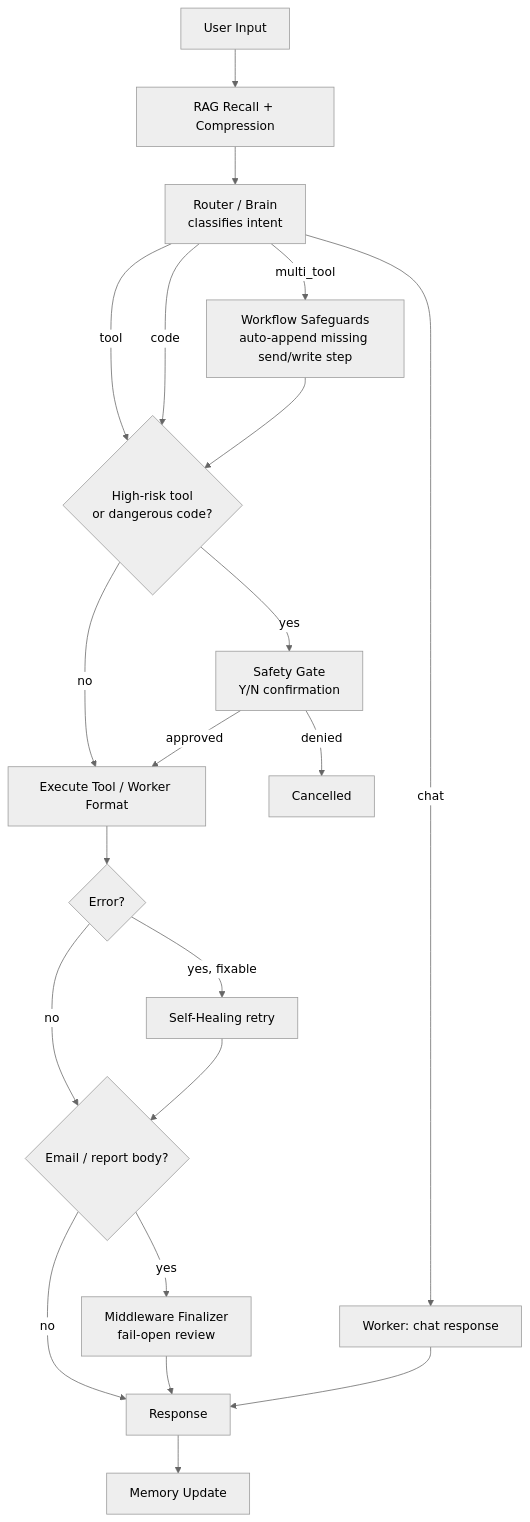
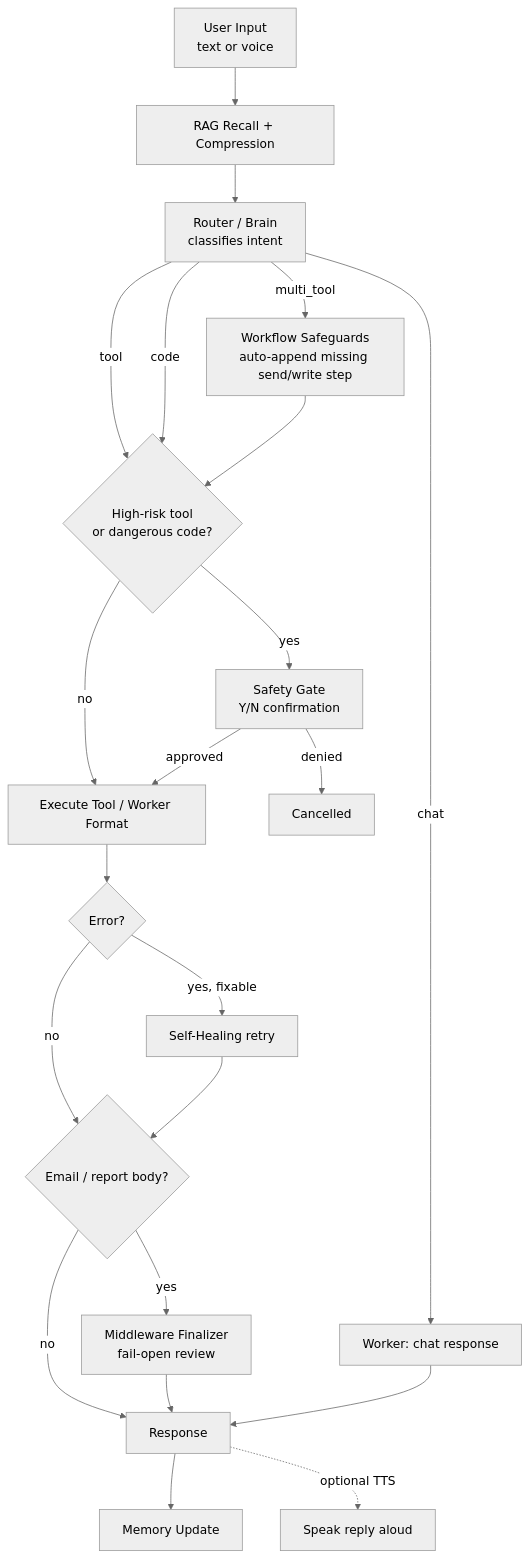
The diagram in README.md (KhangTranManh/Ciel-2.0), drawn with Mermaid (neutral theme) before and after one commit. The commit also changed other lines of this file and 5 other files, not shown here.

````diff
--- a/README.md
+++ b/README.md
@@ -32,23 +55,24 @@
 ```mermaid
 flowchart TD
-    U[User Input] --> RAG[RAG Recall + Compression]
+    U[User Input<br/>text or voice] --> RAG[RAG Recall + Compression]
     RAG --> ROUTER["Router / Brain<br/>classifies intent"]
     ROUTER -->|chat| CHAT[Worker: chat response]
     ROUTER -->|tool| SAFE1{High-risk tool<br/>or dangerous code?}
     ROUTER -->|code| SAFE1
     ROUTER -->|multi_tool| SAFEGUARD["Workflow Safeguards<br/>auto-append missing send/write step"]
     SAFEGUARD --> SAFE1
     SAFE1 -->|yes| GATE["Safety Gate<br/>Y/N confirmation"]
     SAFE1 -->|no| EXEC[Execute Tool / Worker Format]
     GATE -->|approved| EXEC
     GATE -->|denied| CANCEL[Cancelled]
     EXEC --> HEAL{Error?}
     HEAL -->|yes, fixable| RETRY[Self-Healing retry]
     HEAL -->|no| MID{Email / report body?}
     RETRY --> MID
     MID -->|yes| MW["Middleware Finalizer<br/>fail-open review"]
     MID -->|no| RESP[Response]
     MW --> RESP
     CHAT --> RESP
     RESP --> MEM[Memory Update]
+    RESP -.optional TTS.-> SPK[Speak reply aloud]
 ```
````
